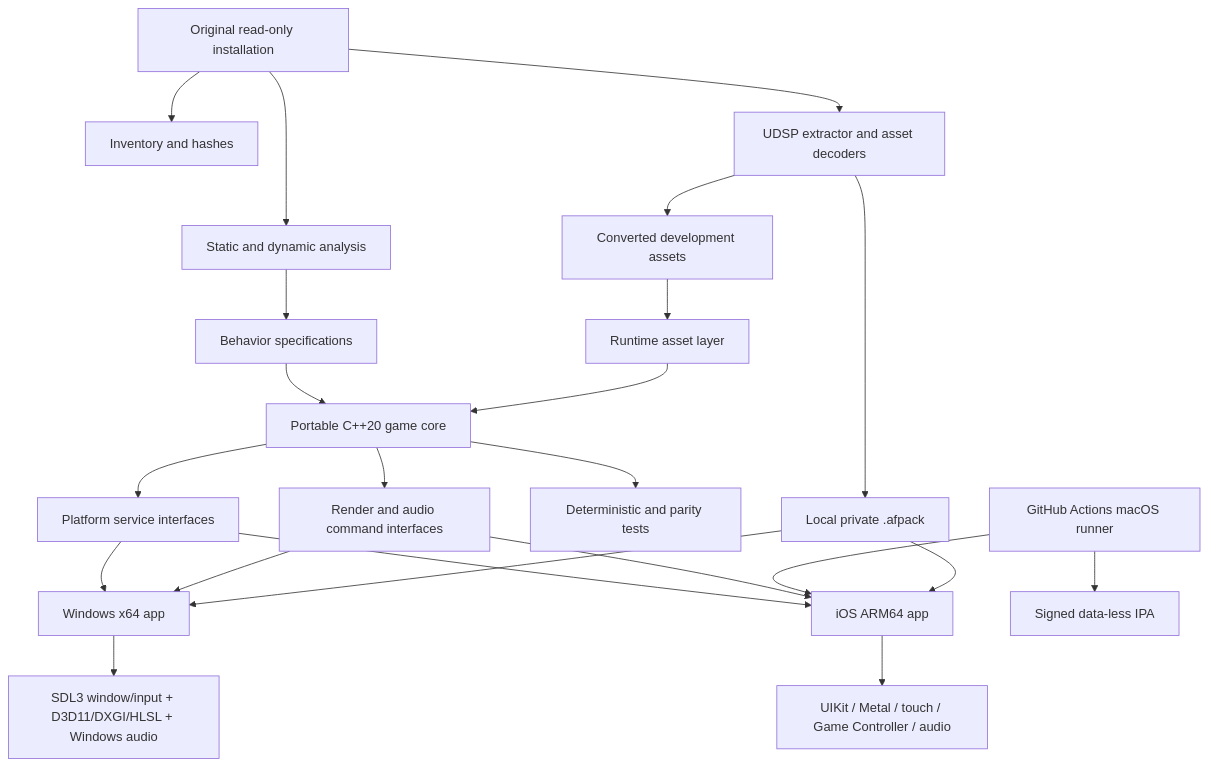
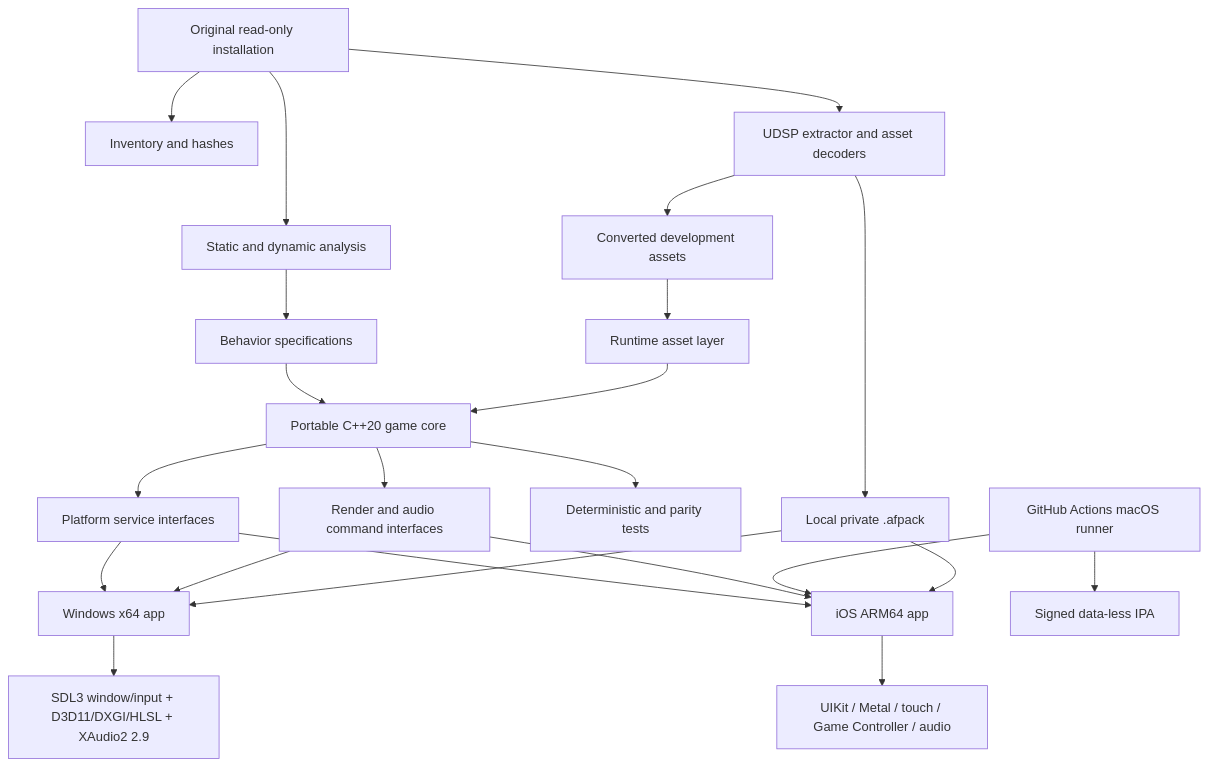
One commit to tryk016/airfix-dogfighter changed the diagram in docs/ARCHITECTURE.md. Above: the diagram before and after it, drawn with Mermaid. The commit also changed other lines of this file and 21 other files, not shown here.

Commit message:
Add portable audio and Windows XAudio2 backend

````diff
--- a/docs/ARCHITECTURE.md
+++ b/docs/ARCHITECTURE.md
@@ -33,25 +33,25 @@
 ```mermaid
 flowchart TD
     A["Original read-only installation"] --> B["Inventory and hashes"]
     A --> C["Static and dynamic analysis"]
     A --> D["UDSP extractor and asset decoders"]
     C --> E["Behavior specifications"]
     D --> F["Converted development assets"]
     E --> G["Portable C++20 game core"]
     F --> H["Runtime asset layer"]
     G --> I["Platform service interfaces"]
     G --> J["Render and audio command interfaces"]
     H --> G
     I --> K["Windows x64 app"]
     I --> L["iOS ARM64 app"]
     J --> K
     J --> L
-    K --> M["SDL3 window/input + D3D11/DXGI/HLSL + Windows audio"]
+    K --> M["SDL3 window/input + D3D11/DXGI/HLSL + XAudio2 2.9"]
     L --> N["UIKit / Metal / touch / Game Controller / audio"]
     G --> O["Deterministic and parity tests"]
     Q["GitHub Actions macOS runner"] --> L
     Q --> P["Signed data-less IPA"]
     D --> X["Local private .afpack"]
     X --> K
     X --> L
 ```
````
